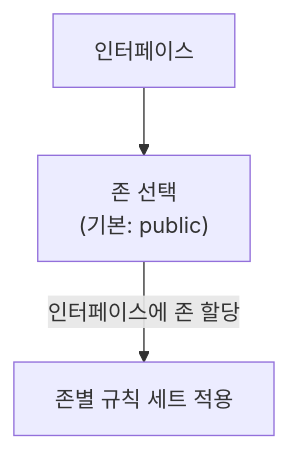
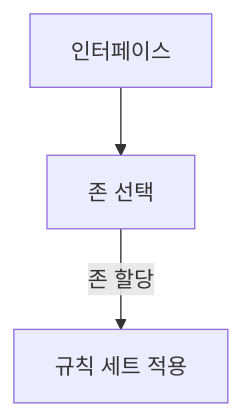
The fourth of 6 diagrams in content/linux/network-basics/firewall.md (moonblueblue/devops-wiki), drawn with Mermaid before and after one commit. The commit also changed other lines of this file and 37 other files, not shown here.

First line of the commit message:
style: linux 카테고리 ASCII 도표·Mermaid 라벨 형식 교정

````diff
--- a/content/linux/network-basics/firewall.md
+++ b/content/linux/network-basics/firewall.md
@@ -431,6 +447,6 @@
 ```mermaid
 graph TD
     NIC["인터페이스"]
-    --> ZONE["존 선택<br/>(기본: public)"]
-    ZONE -->|"인터페이스에 존 할당"| RULES["존별 규칙 세트 적용"]
+    --> ZONE["존 선택"]
+    ZONE -->|존 할당| RULES["규칙 세트 적용"]
 ```
````
